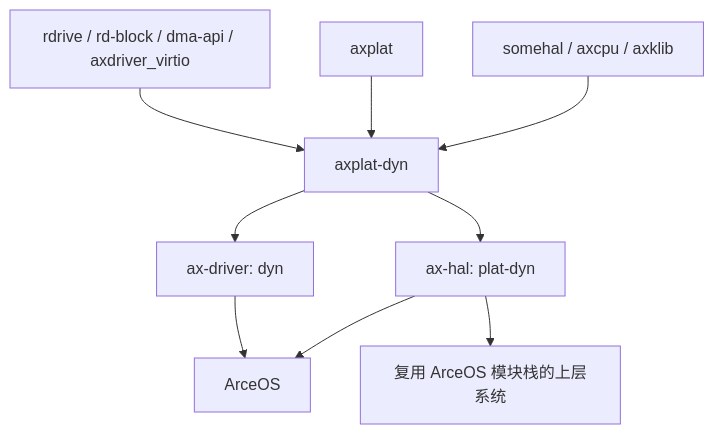
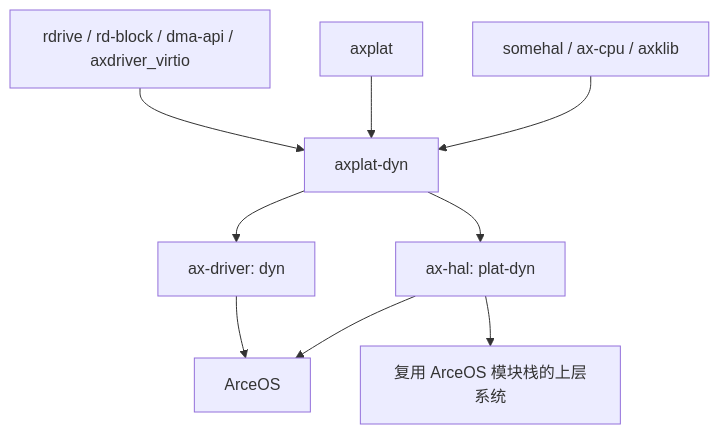
Before and after one commit to zKurisu/tgoskits: the third of 3 diagrams in docs/crates/axplat-dyn.md, drawn with Mermaid. The commit also changed other lines of this file and 106 other files, not shown here.

Commit message:
rename axcpu to ax-cpu

````diff
--- a/docs/crates/axplat-dyn.md
+++ b/docs/crates/axplat-dyn.md
@@ -213,13 +213,13 @@
 ```mermaid
 graph TD
-    A[somehal / axcpu / axklib] --> B[axplat-dyn]
+    A[somehal / ax-cpu / axklib] --> B[axplat-dyn]
     C[axplat] --> B
     D[rdrive / rd-block / dma-api / axdriver_virtio] --> B
 
     B --> E[ax-hal: plat-dyn]
     B --> F[ax-driver: dyn]
 
     E --> G[ArceOS]
     F --> G
     E --> H[复用 ArceOS 模块栈的上层系统]
 ```
````
